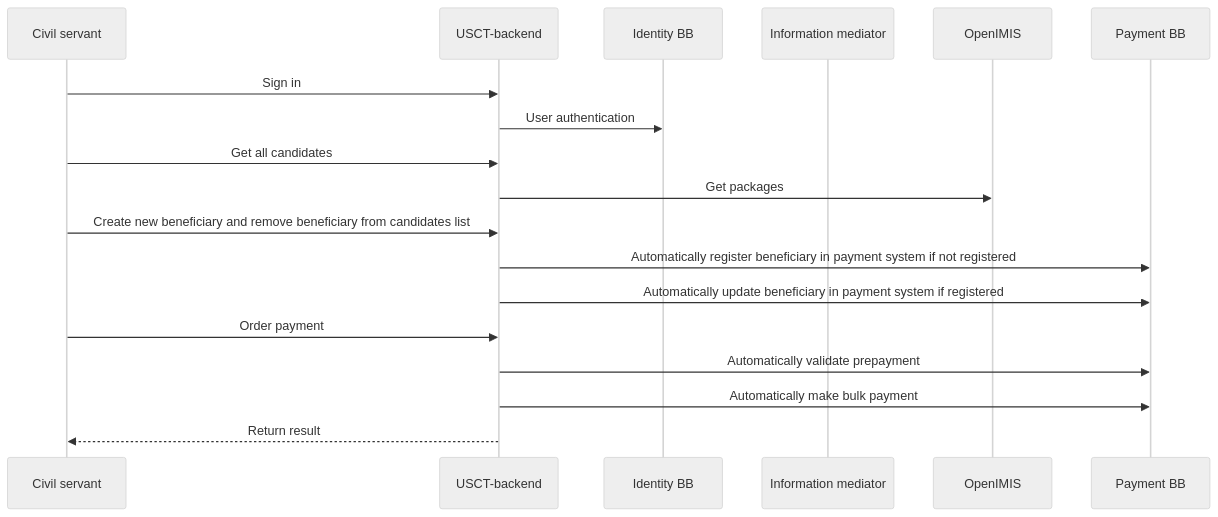
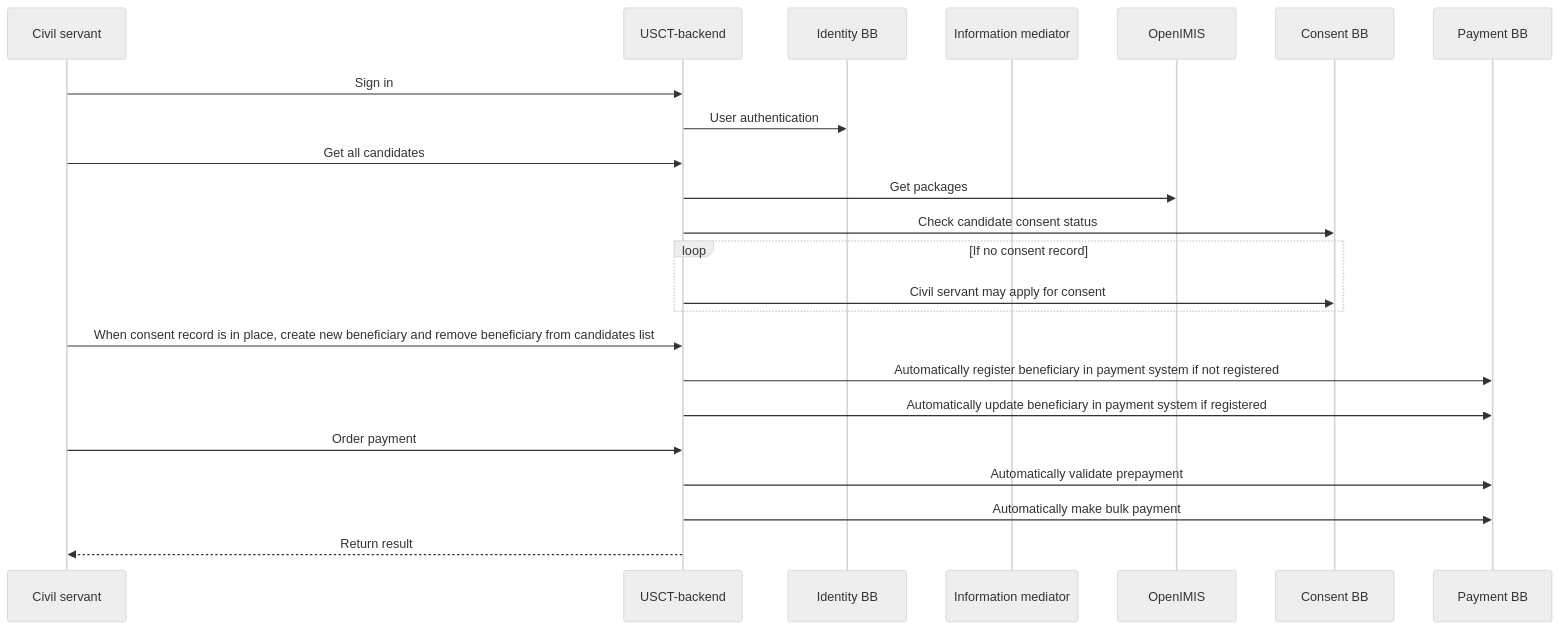
Before and after one commit to GovStackWorkingGroup/sandbox-usecase-usct-backend: the diagram in docs/main.md, drawn with Mermaid (neutral theme). The commit also changed other lines of this file and 32 other files, not shown here.

````diff
--- a/docs/main.md
+++ b/docs/main.md
@@ -11,16 +13,20 @@
 ```mermaid
 sequenceDiagram
     Civil servant ->> USCT-backend: Sign in
     USCT-backend ->> Identity BB: User authentication
     participant im as Information mediator
 
     Civil servant ->> USCT-backend: Get all candidates
     USCT-backend ->> OpenIMIS: Get packages
-    Civil servant ->> USCT-backend: Create new beneficiary and remove beneficiary from candidates list
+    USCT-backend ->> Consent BB: Check candidate consent status
+    loop If no consent record
+      USCT-backend ->>Consent BB: Civil servant may apply for consent
+    end
+  Civil servant ->> USCT-backend: When consent record is in place, create new beneficiary and remove beneficiary from candidates list
     USCT-backend ->> Payment BB: Automatically register beneficiary in payment system if not registered
     USCT-backend ->> Payment BB: Automatically update beneficiary in payment system if registered
     Civil servant ->> USCT-backend: Order payment
     USCT-backend ->> Payment BB: Automatically validate prepayment
     USCT-backend ->> Payment BB: Automatically make bulk payment
     USCT-backend -->> Civil servant: Return result
 ```
````
